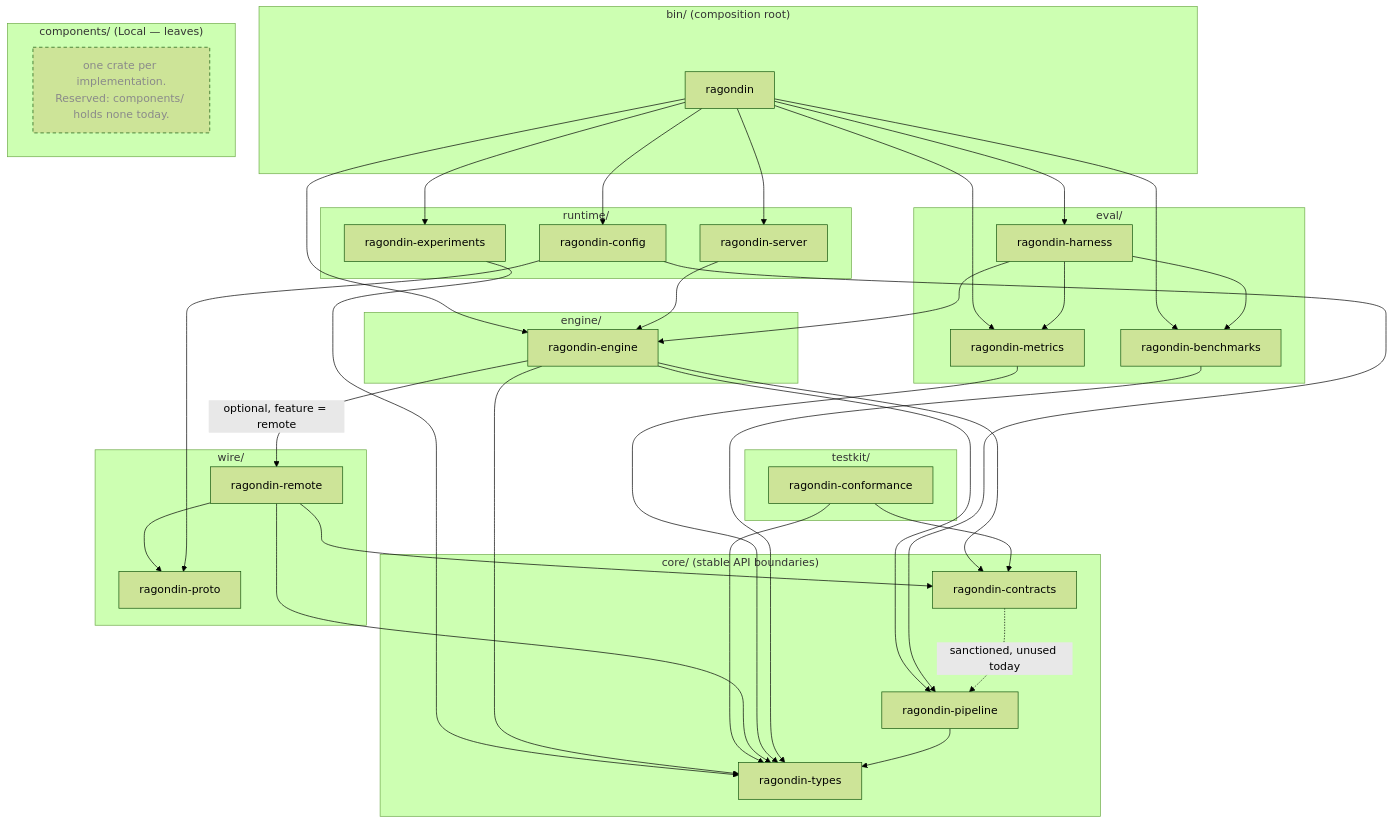
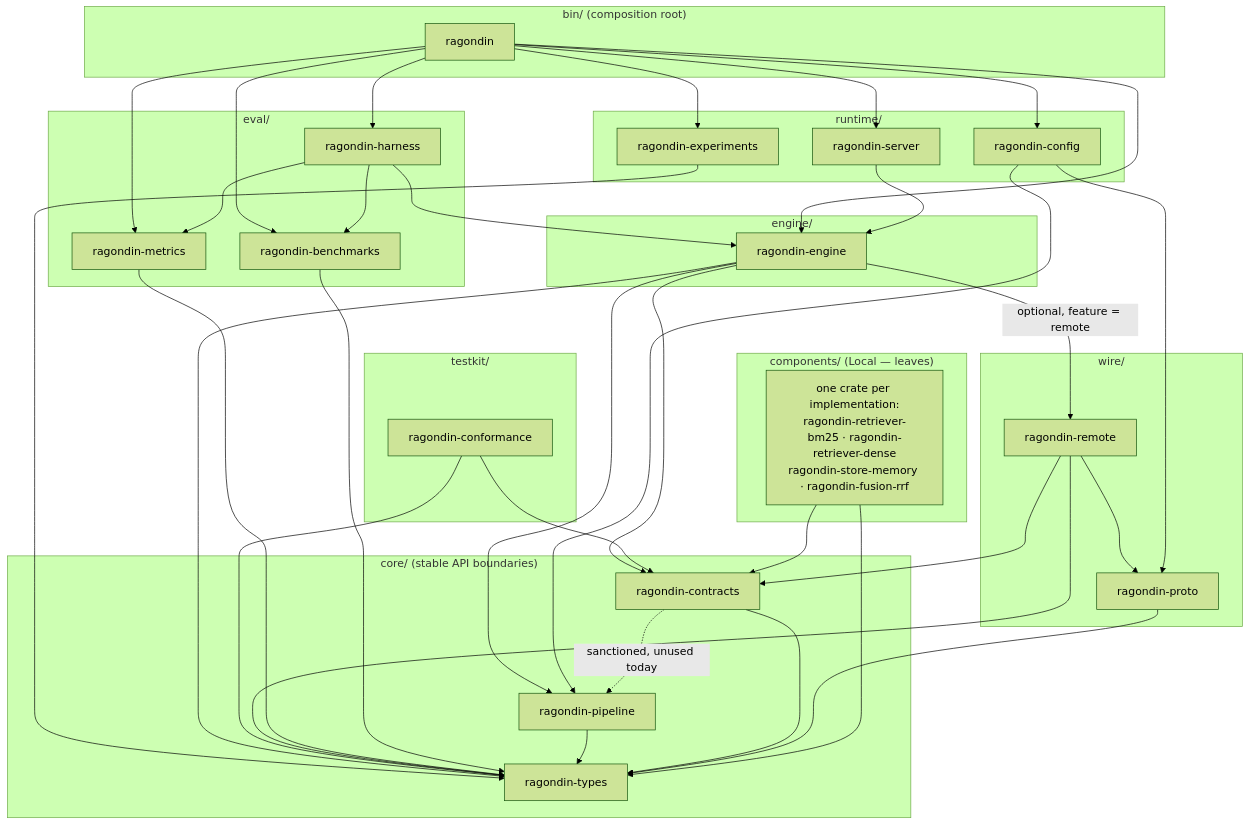
The first of 4 diagrams in docs/code-architecture.md (genesary/Ragondin), drawn with Mermaid (forest theme) before and after one commit. The commit also changed other lines of this file and 4 other files, not shown here.

````diff
--- a/docs/code-architecture.md
+++ b/docs/code-architecture.md
@@ -180,51 +180,51 @@
 ```mermaid
 flowchart TB
   subgraph BIN["bin/ (composition root)"]
     RAG[ragondin]
   end
   subgraph RUNTIME["runtime/"]
     SRV[ragondin-server]
     EXP[ragondin-experiments]
     CFG[ragondin-config]
   end
   subgraph EVAL["eval/"]
     HAR[ragondin-harness]
     MET[ragondin-metrics]
     BEN[ragondin-benchmarks]
   end
   subgraph ENGINE["engine/"]
     ENG[ragondin-engine]
   end
   subgraph TESTKIT["testkit/"]
     CNF[ragondin-conformance]
   end
   subgraph COMP["components/ (Local — leaves)"]
-    CX["one crate per implementation.<br/>Reserved: components/ holds none today."]
+    CX["one crate per implementation:<br/>ragondin-retriever-bm25 · ragondin-retriever-dense<br/>ragondin-store-memory · ragondin-fusion-rrf"]
   end
   subgraph WIRE["wire/"]
     PRO[ragondin-proto]
     REM[ragondin-remote]
   end
   subgraph CORE["core/ (stable API boundaries)"]
     CON[ragondin-contracts]
     PIP[ragondin-pipeline]
     TYP[ragondin-types]
   end
 
   RAG --> SRV & HAR & EXP & CFG & ENG & MET & BEN
   SRV --> ENG
   HAR --> ENG & MET & BEN
   EXP --> TYP
   ENG --> CON & PIP & TYP
   ENG -->|"optional, feature = remote"| REM
   CNF --> CON & TYP
   REM --> CON & TYP & PRO
   MET --> TYP
   BEN --> TYP
   CFG --> PIP & PRO
   CON -.->|"sanctioned, unused today"| PIP
   PIP --> TYP
-
-  classDef reserved stroke-dasharray:5 4,color:#8a8a8a
-  class CX reserved
+  CON --> TYP
+  PRO --> TYP
+  CX --> CON & TYP
 ```
````
